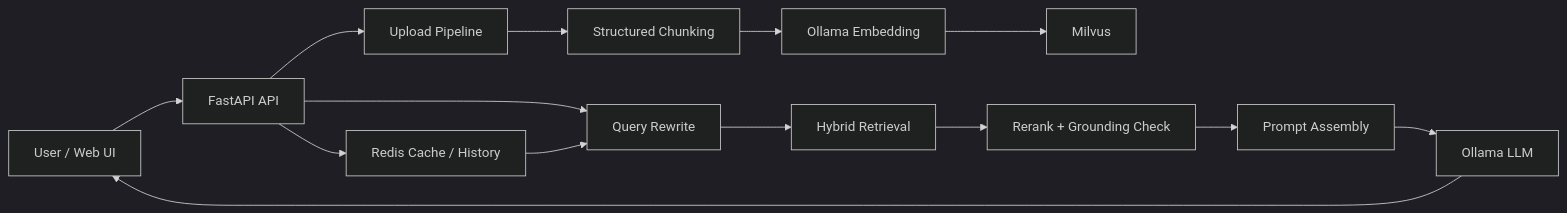
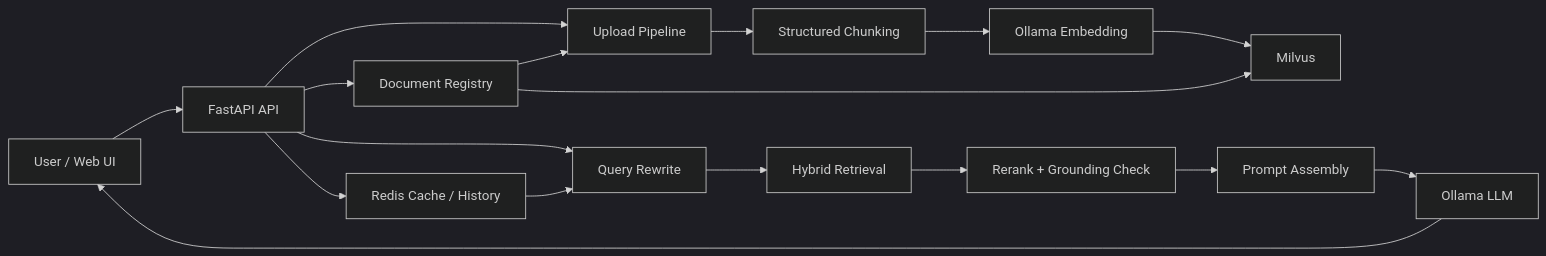
The diagram in README.md (Koala-la-la/AI-RAG-System), drawn with Mermaid (dark theme) before and after one commit. The commit also changed other lines of this file and 38 other files, not shown here.

````diff
--- a/README.md
+++ b/README.md
@@ -29,18 +30,22 @@
 ```mermaid
 flowchart LR
     A["User / Web UI"] --> B["FastAPI API"]
     B --> C["Upload Pipeline"]
     C --> D["Structured Chunking"]
     D --> E["Ollama Embedding"]
     E --> F["Milvus"]
 
     B --> G["Query Rewrite"]
     G --> H["Hybrid Retrieval"]
     H --> I["Rerank + Grounding Check"]
     I --> J["Prompt Assembly"]
     J --> K["Ollama LLM"]
     K --> A
 
     B --> L["Redis Cache / History"]
     L --> G
+
+    B --> M["Document Registry"]
+    M --> C
+    M --> F
 ```
````
